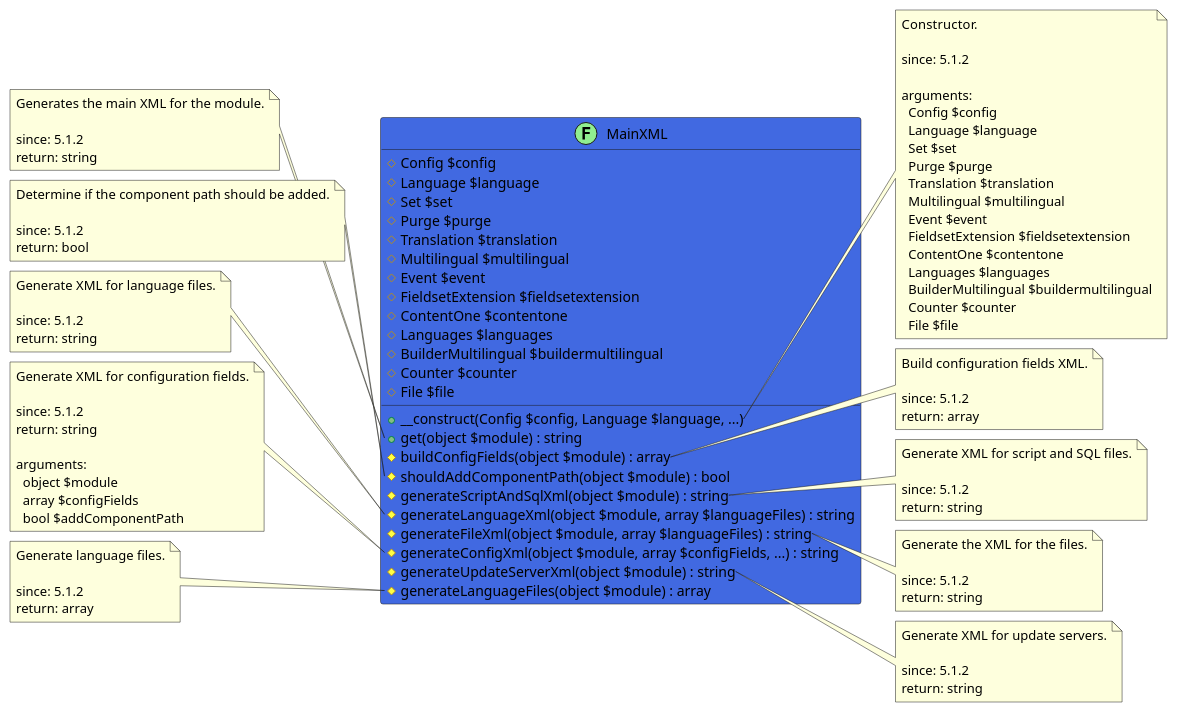
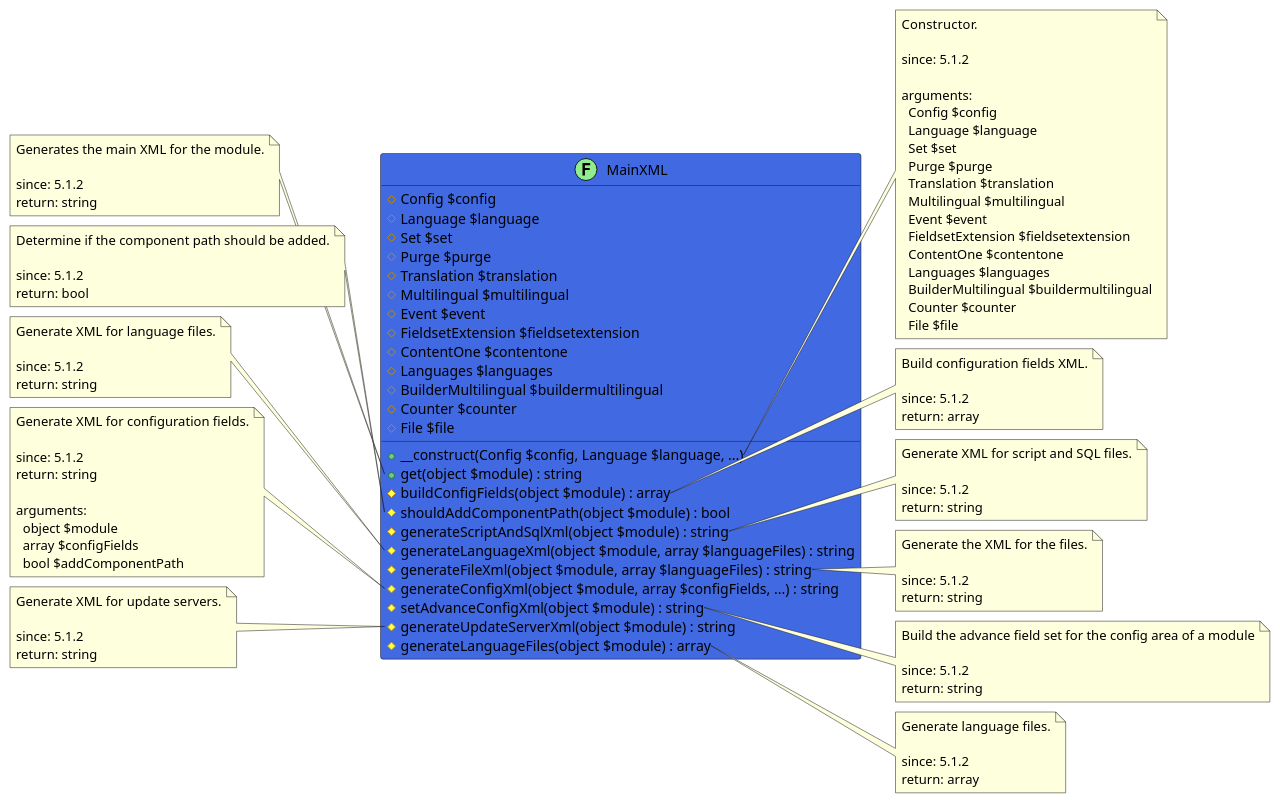
The diagram in src/6f070429-23ed-4913-ab70-b55e59635f80/README.md (joomengine/jcb-compiler), drawn with PlantUML before and after one commit. The commit also changed 81 other files, not shown here.

```diff
--- a/src/6f070429-23ed-4913-ab70-b55e59635f80/README.md
+++ b/src/6f070429-23ed-4913-ab70-b55e59635f80/README.md
@@ -27,6 +27,7 @@
   # generateLanguageXml(object $module, array $languageFiles) : string
   # generateFileXml(object $module, array $languageFiles) : string
   # generateConfigXml(object $module, array $configFields, ...) : string
+  # setAdvanceConfigXml(object $module) : string
   # generateUpdateServerXml(object $module) : string
   # generateLanguageFiles(object $module) : array
 }
@@ -106,14 +107,21 @@
     bool $addComponentPath
 end note
 
-note right of MainXML::generateUpdateServerXml
+note right of MainXML::setAdvanceConfigXml
+  Build the advance field set for the config area of a module
+
+  since: 5.1.2
+  return: string
+end note
+
+note left of MainXML::generateUpdateServerXml
   Generate XML for update servers.
 
   since: 5.1.2
   return: string
 end note
 
-note left of MainXML::generateLanguageFiles
+note right of MainXML::generateLanguageFiles
   Generate language files.
 
   since: 5.1.2
```
